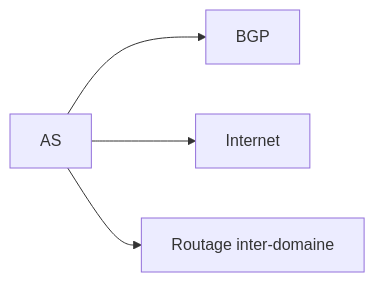
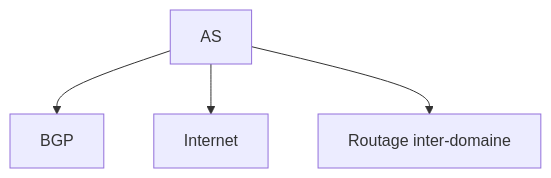
Before and after one commit to zyrass/omnydocs: the second of 38 diagrams in docs/glossaire/administration-reseau.md, drawn with Mermaid. The commit also changed other lines of this file and 1780 other files, not shown here.

````diff
--- a/docs/glossaire/administration-reseau.md
+++ b/docs/glossaire/administration-reseau.md
@@ -47,6 +59,6 @@
-    ```mermaid
-    graph LR
-        A[AS] --> B[BGP]
-        A --> C[Internet]
-        A --> D[Routage inter-domaine]
-    ```
+```mermaid
+graph TB
+    A[AS] --> B[BGP]
+    A --> C[Internet]
+    A --> D[Routage inter-domaine]
+```
````
